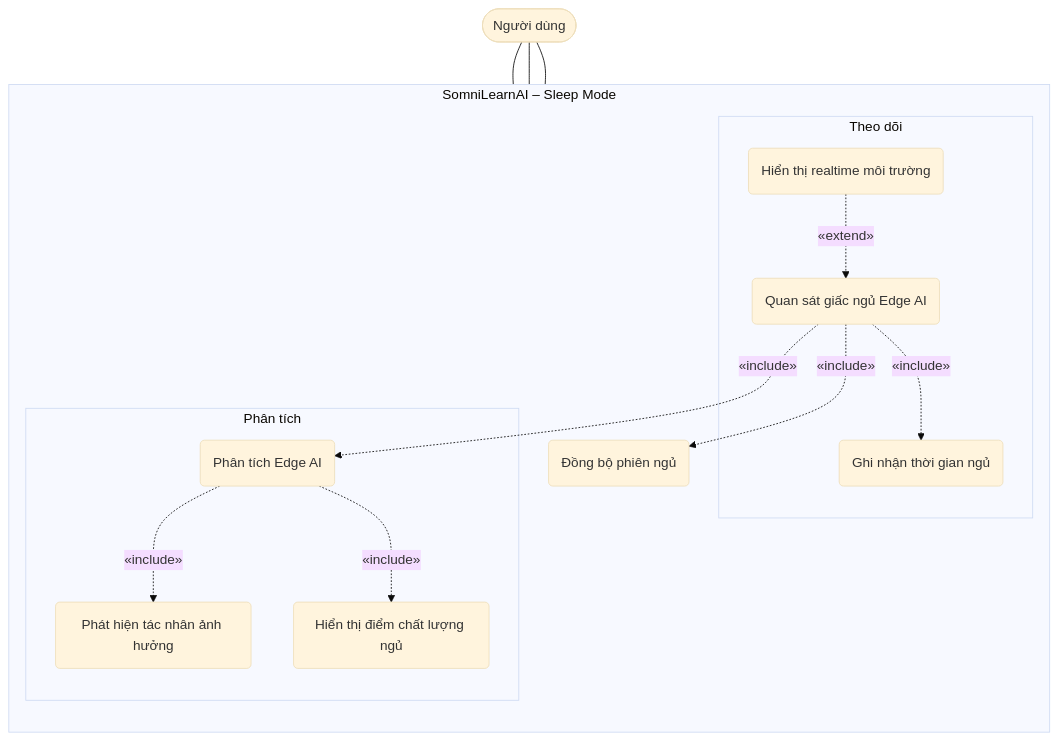
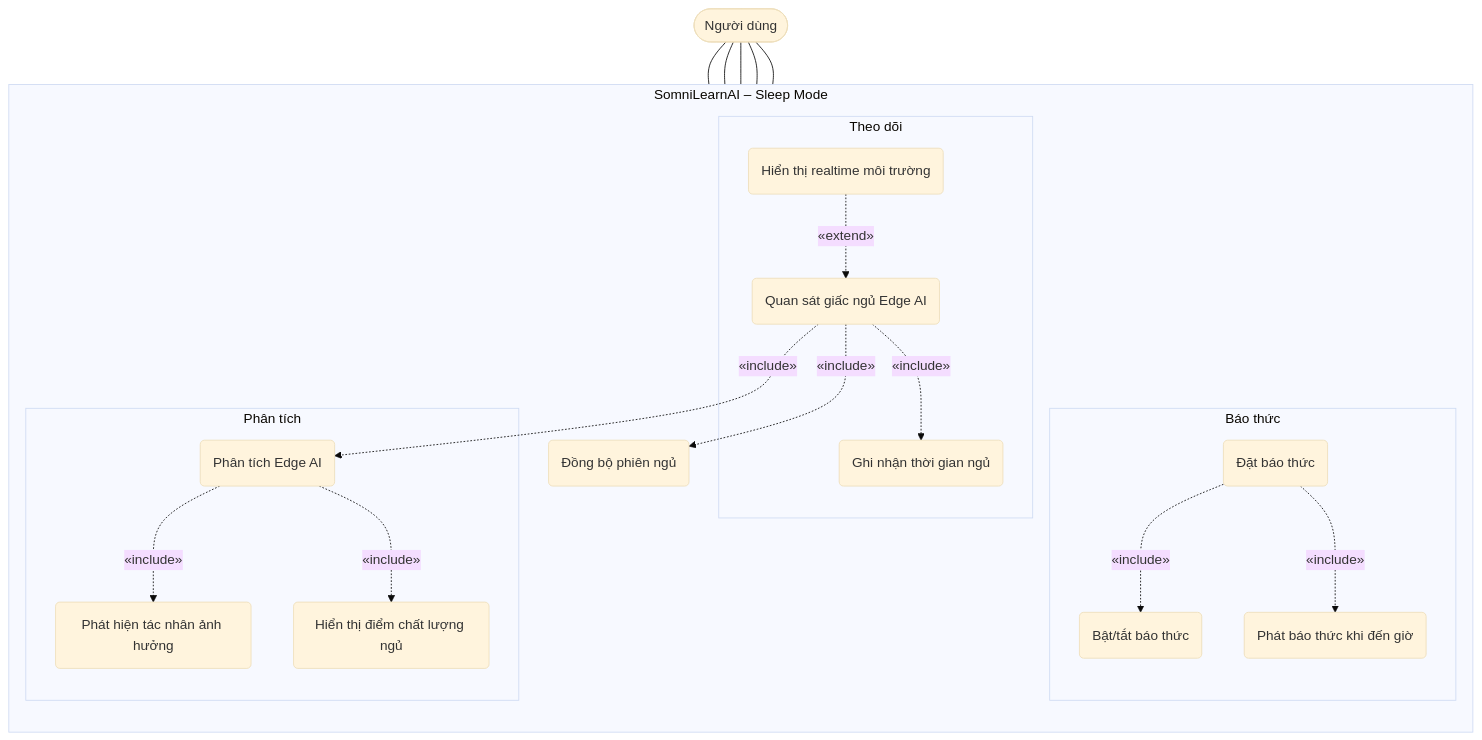
The fifth of 11 diagrams in docs/Spectification/SmartClock/03_Objectives.md (Computer-Vision-HCMUS/AIoT-Server), drawn with Mermaid (base theme) before and after one commit. The commit also changed other lines of this file and 75 other files, not shown here.

Commit message:
Update SmartClock presentation to reflect new branding as SomniLearnAI, enhance content with additional features like alarm setting, and revise specifications to include improved sleep monitoring and user manual details. Remove outdated images and add new architecture diagrams.

````diff
--- a/docs/Spectification/SmartClock/03_Objectives.md
+++ b/docs/Spectification/SmartClock/03_Objectives.md
@@ -224,30 +226,39 @@
 ```mermaid
 flowchart TD
     User(["Người dùng"])
 
     subgraph Sleep["SomniLearnAI – Sleep Mode"]
         direction TB
         subgraph GRP_MONITOR["Theo dõi"]
             UC1("Quan sát giấc ngủ Edge AI")
             UC2("Ghi nhận thời gian ngủ")
             UC3("Hiển thị realtime môi trường")
+        end
+        subgraph GRP_ALARM["Báo thức"]
+            UC8("Đặt báo thức")
+            UC9("Bật/tắt báo thức")
+            UC10("Phát báo thức khi đến giờ")
         end
         subgraph GRP_ANALYZE["Phân tích"]
             UC4("Phân tích Edge AI")
             UC5("Phát hiện tác nhân ảnh hưởng")
             UC6("Hiển thị điểm chất lượng ngủ")
         end
         UC7("Đồng bộ phiên ngủ")
     end
 
     User --- UC1
     User --- UC3
     User --- UC6
+    User --- UC8
+    User --- UC9
 
     UC1 -. "«include»" .-> UC2
     UC1 -. "«include»" .-> UC4
     UC1 -. "«include»" .-> UC7
     UC3 -. "«extend»" .-> UC1
+    UC8 -. "«include»" .-> UC9
+    UC8 -. "«include»" .-> UC10
     UC4 -. "«include»" .-> UC5
     UC4 -. "«include»" .-> UC6
 ```
````
